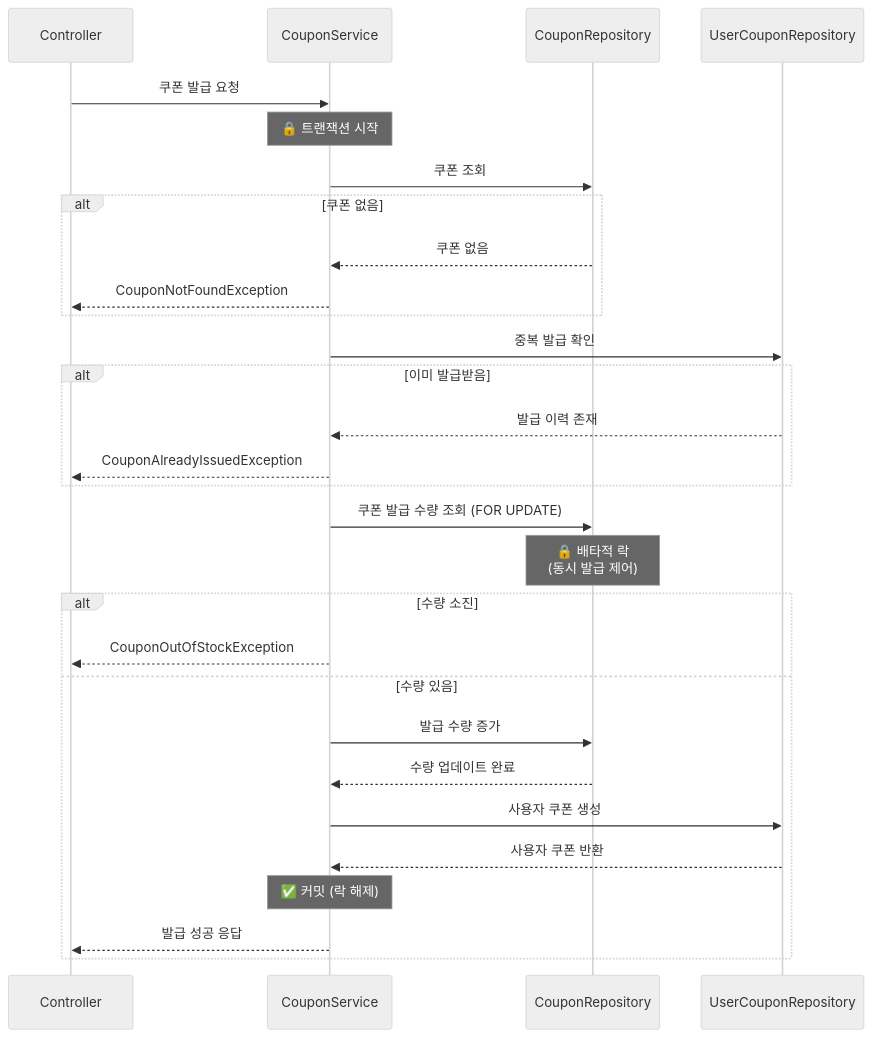
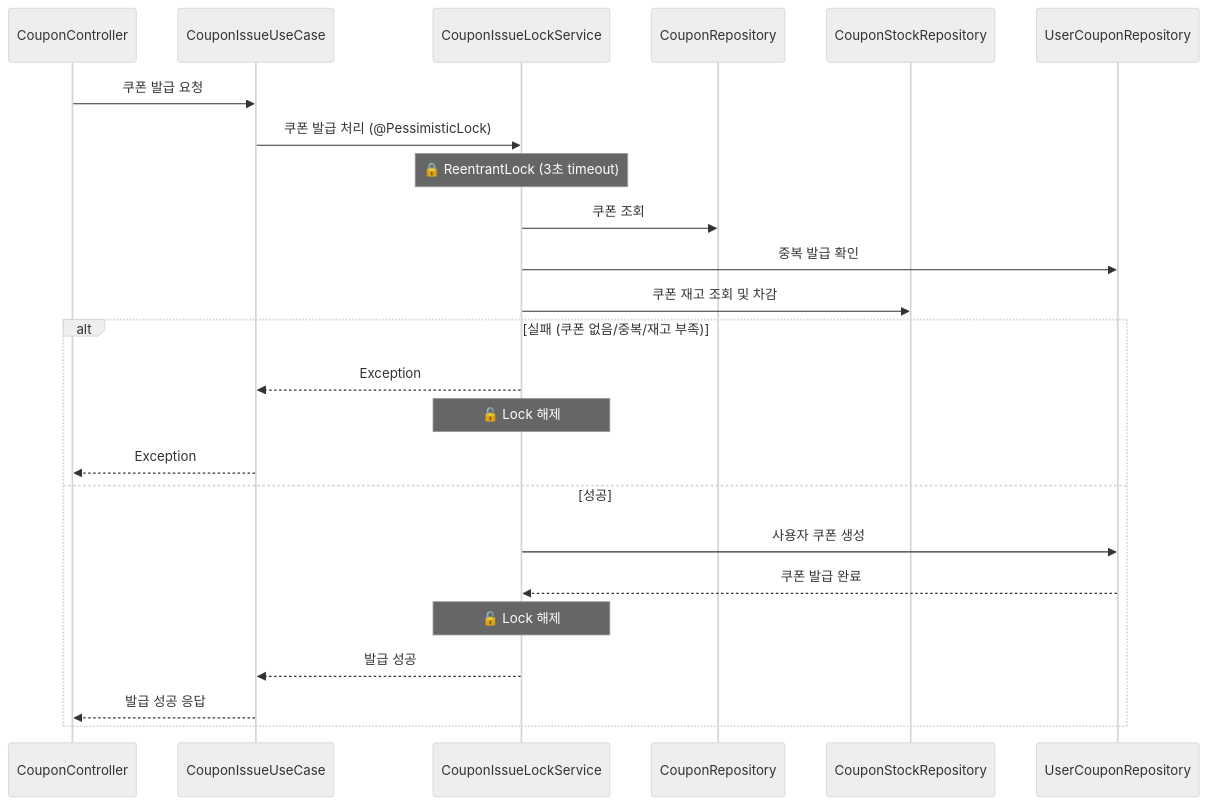
The eighth of 9 diagrams in README.md (hwangdaesun/e-commerce), drawn with Mermaid (neutral theme) before and after one commit. The commit also changed other lines of this file, not shown here.

Commit message:
docs : 주문하기 시퀀스 다이어그램 수정

````diff
--- a/README.md
+++ b/README.md
@@ -187,39 +172,27 @@
 ```mermaid
- sequenceDiagram
-      participant Controller
-      participant CouponService
+sequenceDiagram
+      participant Controller as CouponController
+      participant UseCase as CouponIssueUseCase
+      participant LockService as CouponIssueLockService
       participant CouponRepo as CouponRepository
+      participant CouponStockRepo as CouponStockRepository
       participant UserCouponRepo as UserCouponRepository
 
-      Controller->>CouponService: 쿠폰 발급 요청
-
-      Note over CouponService: 🔒 트랜잭션 시작
-
-      CouponService->>CouponRepo: 쿠폰 조회
-      alt 쿠폰 없음
-          CouponRepo-->>CouponService: 쿠폰 없음
-          CouponService-->>Controller: CouponNotFoundException
-      end
-
-      CouponService->>UserCouponRepo: 중복 발급 확인
-      alt 이미 발급받음
-          UserCouponRepo-->>CouponService: 발급 이력 존재
-          CouponService-->>Controller: CouponAlreadyIssuedException
-      end
-
-      CouponService->>CouponRepo: 쿠폰 발급 수량 조회 (FOR UPDATE)
-      Note over CouponRepo: 🔒 배타적 락<br/>(동시 발급 제어)
-
-      alt 수량 소진
-          CouponService-->>Controller: CouponOutOfStockException
-      else 수량 있음
-          CouponService->>CouponRepo: 발급 수량 증가
-          CouponRepo-->>CouponService: 수량 업데이트 완료
-          CouponService->>UserCouponRepo: 사용자 쿠폰 생성
-          UserCouponRepo-->>CouponService: 사용자 쿠폰 반환
-
-          Note over CouponService: ✅ 커밋 (락 해제)
-
-          CouponService-->>Controller: 발급 성공 응답
+      Controller->>UseCase: 쿠폰 발급 요청
+      UseCase->>LockService: 쿠폰 발급 처리 (@PessimisticLock)
+      Note over LockService: 🔒 ReentrantLock (3초 timeout)
+      LockService->>CouponRepo: 쿠폰 조회
+      LockService->>UserCouponRepo: 중복 발급 확인
+      LockService->>CouponStockRepo: 쿠폰 재고 조회 및 차감
+      alt 실패 (쿠폰 없음/중복/재고 부족)
+          LockService-->>UseCase: Exception
+          Note over LockService: 🔓 Lock 해제
+          UseCase-->>Controller: Exception
+      else 성공
+          LockService->>UserCouponRepo: 사용자 쿠폰 생성
+          UserCouponRepo-->>LockService: 쿠폰 발급 완료
+          Note over LockService: 🔓 Lock 해제
+          LockService-->>UseCase: 발급 성공
+          UseCase-->>Controller: 발급 성공 응답
       end
 ```
````
